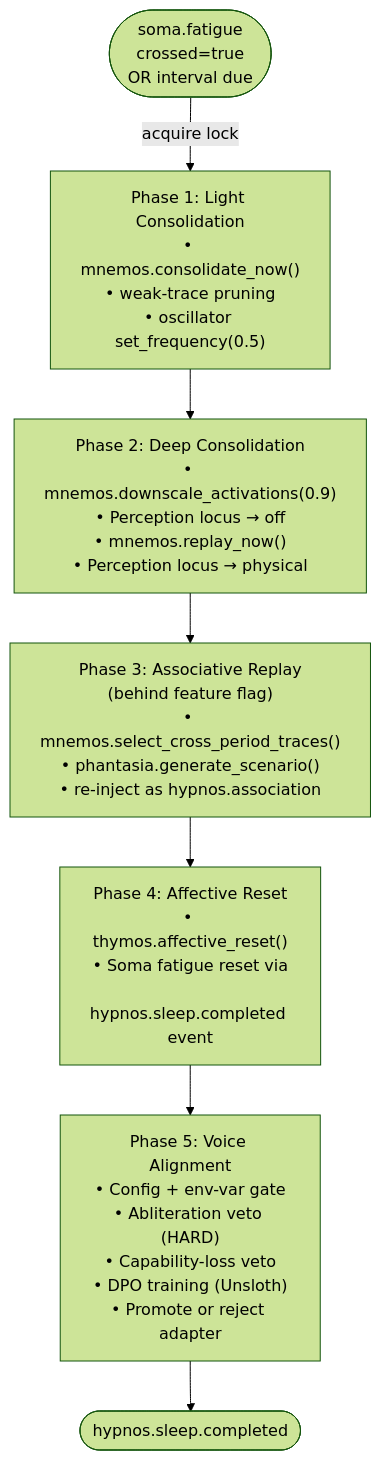
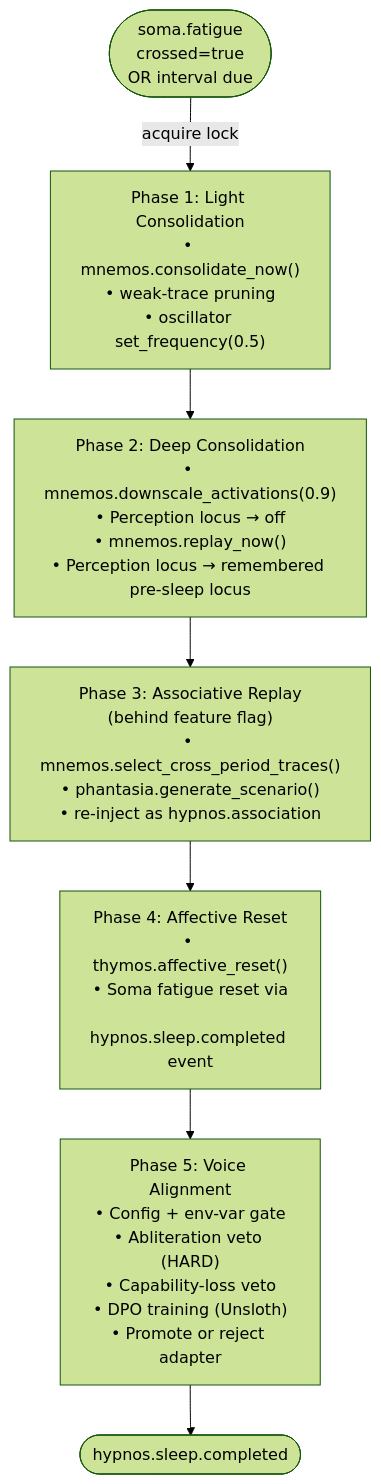
Before and after one commit to kaineone/kaine: the diagram in docs/modules/hypnos.md, drawn with Mermaid (forest theme). The commit also changed other lines of this file and 21 other files, not shown here.

````diff
--- a/docs/modules/hypnos.md
+++ b/docs/modules/hypnos.md
@@ -155,19 +155,19 @@
 ```mermaid
 flowchart TD
     S([soma.fatigue\ncrossed=true\nOR interval due]) -->|acquire lock| P1
 
     P1["Phase 1: Light Consolidation\n• mnemos.consolidate_now()\n• weak-trace pruning\n• oscillator set_frequency(0.5)"]
     P1 --> P2
 
-    P2["Phase 2: Deep Consolidation\n• mnemos.downscale_activations(0.9)\n• Perception locus → off\n• mnemos.replay_now()\n• Perception locus → physical"]
+    P2["Phase 2: Deep Consolidation\n• mnemos.downscale_activations(0.9)\n• Perception locus → off\n• mnemos.replay_now()\n• Perception locus → remembered pre-sleep locus"]
     P2 --> P3
 
     P3["Phase 3: Associative Replay\n(behind feature flag)\n• mnemos.select_cross_period_traces()\n• phantasia.generate_scenario()\n• re-inject as hypnos.association"]
     P3 --> P4
 
     P4["Phase 4: Affective Reset\n• thymos.affective_reset()\n• Soma fatigue reset via\n  hypnos.sleep.completed event"]
     P4 --> P5
 
     P5["Phase 5: Voice Alignment\n• Config + env-var gate\n• Abliteration veto (HARD)\n• Capability-loss veto\n• DPO training (Unsloth)\n• Promote or reject adapter"]
     P5 --> E([hypnos.sleep.completed])
 ```
````
